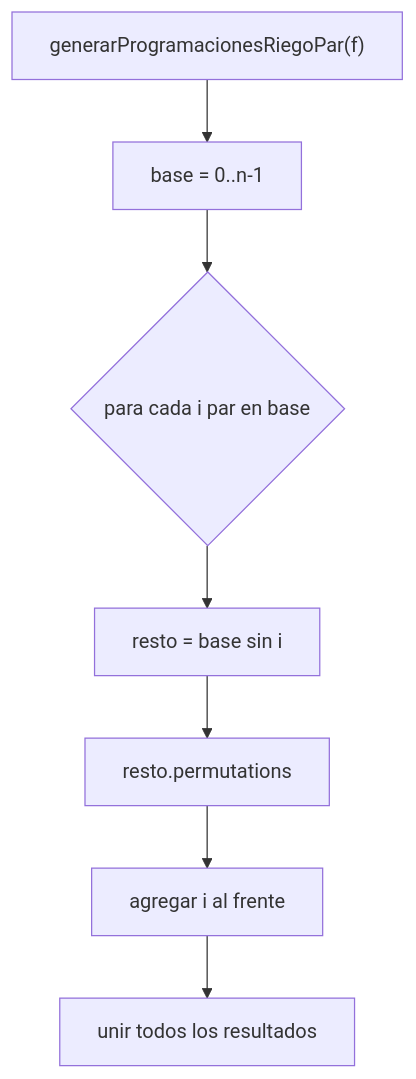
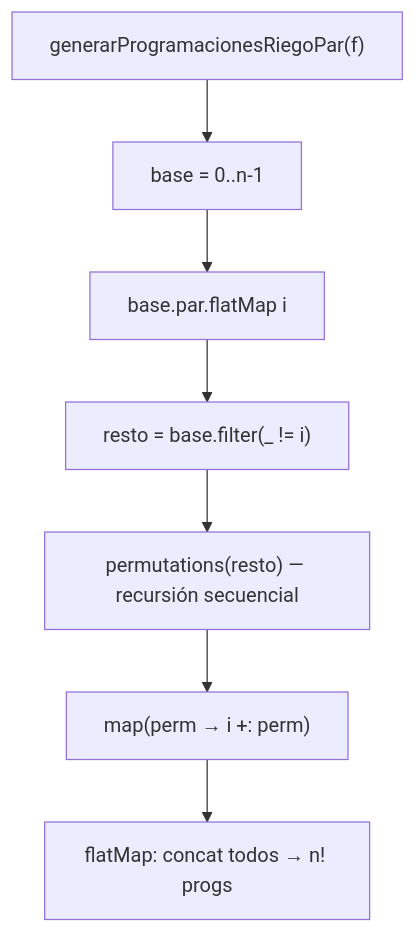
One commit to 2025-II-PFC-FLP/proyecto-final-pfc-2025-ii-coronamos changed the third of 4 diagrams in docs/PDF.md. Above: the diagram before and after it, drawn with Mermaid. The commit also changed other lines of this file and 1 other file, not shown here.

````diff
--- a/docs/PDF.md
+++ b/docs/PDF.md
@@ -125,9 +103,10 @@
 ```mermaid
 flowchart TD
-    A["generarProgramacionesRiegoPar(f)"] --> B["base = 0..n-1"]
-    B --> C{"para cada i par en base"}
-    C --> D["resto = base sin i"]
-    D --> E["resto.permutations"]
-    E --> F["agregar i al frente"]
-    F --> G["unir todos los resultados"]
+    A["generarProgramacionesRiegoPar(f)"]
+    A --> B["base = 0..n-1"]
+    B --> C["base.par.flatMap i"]
+    C --> D["resto = base.filter(_ != i)"]
+    D --> E["permutations(resto) — recursión secuencial"]
+    E --> F["map(perm → i +: perm)"]
+    F --> G["flatMap: concat todos → n! progs"]
 ```
````
